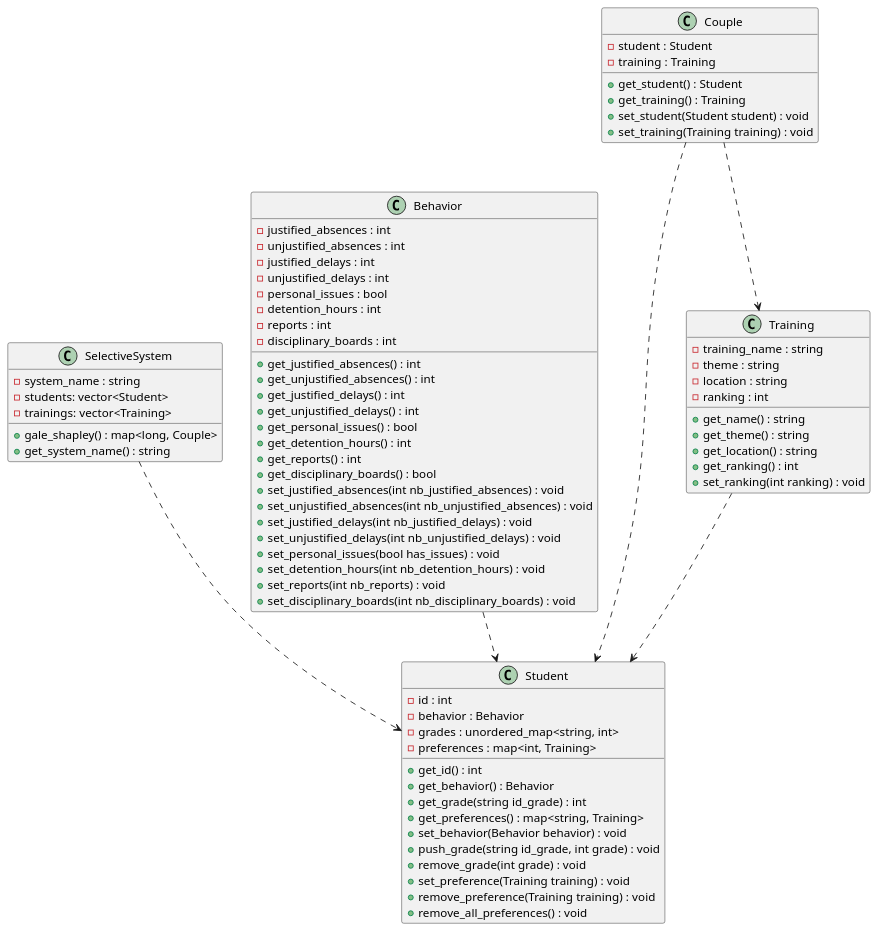
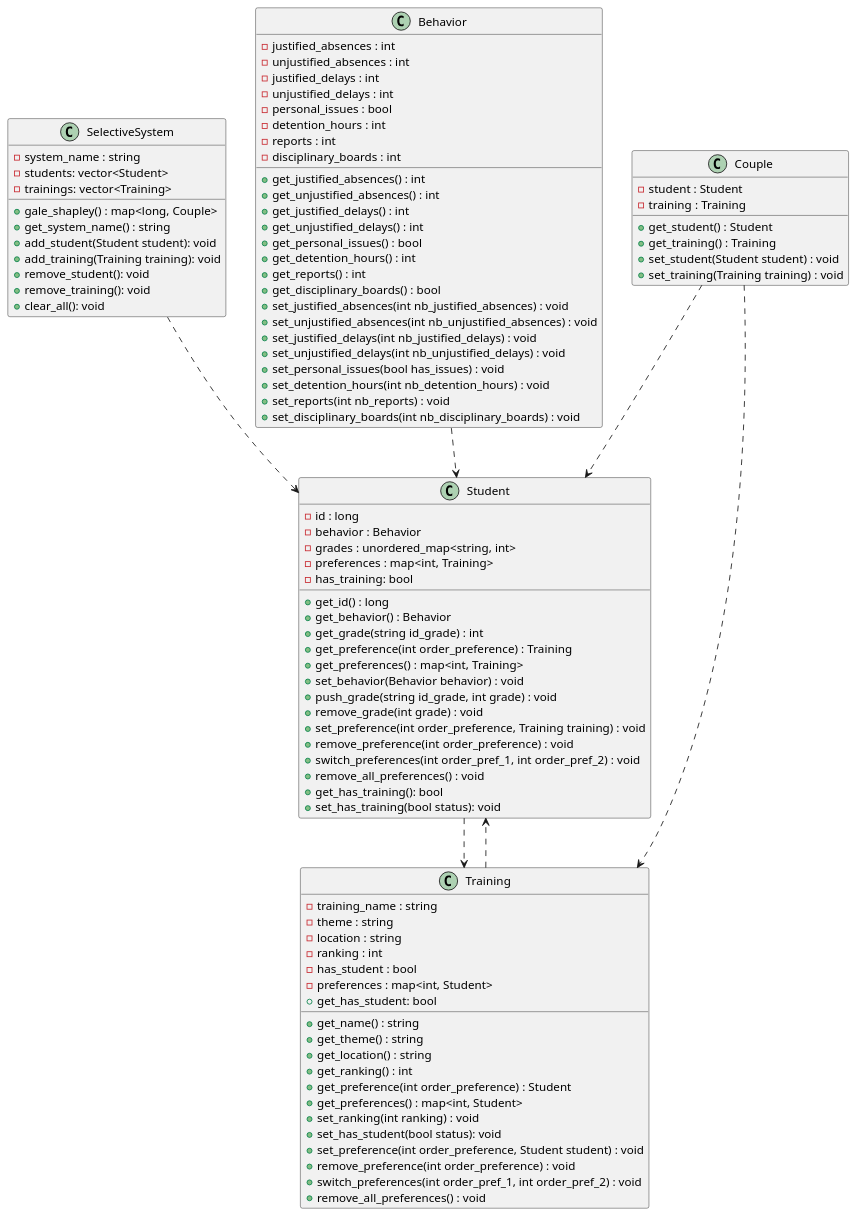
The diagram in uml/diagram.plantuml (Padrese/selection_sys), drawn with PlantUML before and after one commit. The commit also changed 8 other files, not shown here.

```diff
--- a/uml/diagram.plantuml
+++ b/uml/diagram.plantuml
@@ -1,85 +1,106 @@
 @startuml diagram
 
 SelectiveSystem ..> Student
 Behavior ..> Student
 Training ..> Student
+Student ..> Training
 Couple ..> Student
 Couple ..> Training
 
 
 class Student {
-    -id : int
+    -id : long
     -behavior : Behavior
     -grades : unordered_map<string, int>
     -preferences : map<int, Training> 
-    +get_id() : int
+    -has_training: bool
+    +get_id() : long
     +get_behavior() : Behavior
     +get_grade(string id_grade) : int
-    +get_preferences() : map<string, Training> 
+    +get_preference(int order_preference) : Training
+    +get_preferences() : map<int, Training> 
     +set_behavior(Behavior behavior) : void
     +push_grade(string id_grade, int grade) : void
     +remove_grade(int grade) : void
-    +set_preference(Training training) : void
-    +remove_preference(Training training) : void
+    +set_preference(int order_preference, Training training) : void
+    +remove_preference(int order_preference) : void
+    +switch_preferences(int order_pref_1, int order_pref_2) : void
     +remove_all_preferences() : void
+    +get_has_training(): bool
+    +set_has_training(bool status): void
 }
 
 class SelectiveSystem {
     -system_name : string
     -students: vector<Student>
     -trainings: vector<Training>
     + gale_shapley() : map<long, Couple> 
     + get_system_name() : string
+    + add_student(Student student): void
+    + add_training(Training training): void
+    + remove_student(): void
+    + remove_training(): void
+    + clear_all(): void
 }
 
 class Training {
     - training_name : string
     - theme : string
     - location : string
     - ranking : int
+    - has_student : bool
+    - preferences : map<int, Student> 
     + get_name() : string
     + get_theme() : string
     + get_location() : string
     + get_ranking() : int
+    + get_has_student: bool
+    + get_preference(int order_preference) : Student
+    + get_preferences() : map<int, Student> 
     + set_ranking(int ranking) : void
+    + set_has_student(bool status): void
+    + set_preference(int order_preference, Student student) : void
+    + remove_preference(int order_preference) : void
+    + switch_preferences(int order_pref_1, int order_pref_2) : void
+    + remove_all_preferences() : void
 }
 
 
 class Behavior {
     -justified_absences : int
     -unjustified_absences : int
     -justified_delays : int
     -unjustified_delays : int
     -personal_issues : bool
     -detention_hours : int
     -reports : int
     -disciplinary_boards : int
     +get_justified_absences() : int
     +get_unjustified_absences() : int
     +get_justified_delays() : int
     +get_unjustified_delays() : int
     +get_personal_issues() : bool
     +get_detention_hours() : int
     +get_reports() : int
     +get_disciplinary_boards() : bool
     +set_justified_absences(int nb_justified_absences) : void
     +set_unjustified_absences(int nb_unjustified_absences) : void
     +set_justified_delays(int nb_justified_delays) : void
     +set_unjustified_delays(int nb_unjustified_delays) : void
     +set_personal_issues(bool has_issues) : void
     +set_detention_hours(int nb_detention_hours) : void
     +set_reports(int nb_reports) : void
     +set_disciplinary_boards(int nb_disciplinary_boards) : void
 }
 
 class Couple {
     -student : Student
     -training : Training
     + get_student() : Student
     + get_training() : Training
     + set_student(Student student) : void
     + set_training(Training training) : void
 }
 
 
 @enduml
```
